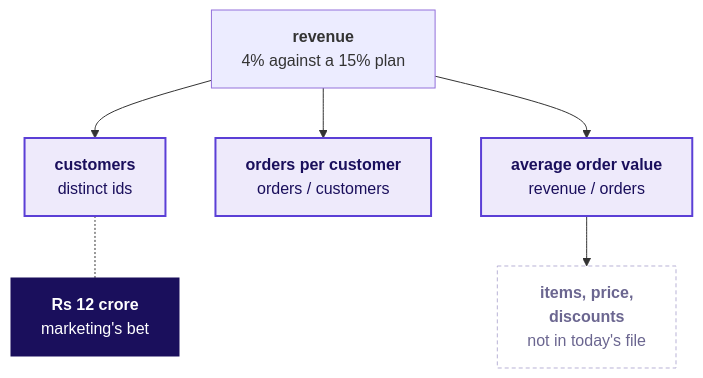
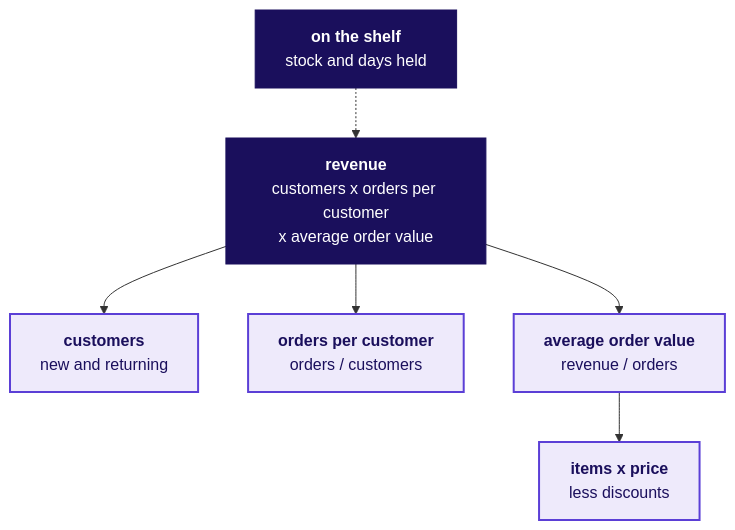
One commit to fde-academy-lab/c2-content-factory changed the fifth of 14 diagrams in content/W01/D1/whiteboards/C2_W01_D01_board_work_STUDENT.md. Above: the diagram before and after it, drawn with Mermaid. The commit also changed other lines of this file and 32 other files, not shown here.

````diff
--- a/content/W01/D1/whiteboards/C2_W01_D01_board_work_STUDENT.md
+++ b/content/W01/D1/whiteboards/C2_W01_D01_board_work_STUDENT.md
@@ -29,14 +115,12 @@
 ```mermaid
 flowchart TB
-    R["<b>revenue</b><br/>4% against a 15% plan"] --> C["<b>customers</b><br/>distinct ids"]
+    S["<b>on the shelf</b><br/>stock and days held"] -.-> R["<b>revenue</b><br/>customers x orders per customer<br/>x average order value"]
+    R --> C["<b>customers</b><br/>new and returning"]
     R --> F["<b>orders per customer</b><br/>orders / customers"]
     R --> A["<b>average order value</b><br/>revenue / orders"]
-    A --> I["<b>items, price,<br/>discounts</b><br/>not in today's file"]
-    C -.- B["<b>Rs 12 crore</b><br/>marketing's bet"]
+    A --> I["<b>items x price</b><br/>less discounts"]
     classDef known fill:#EEEAFB,stroke:#5B3FD6,color:#1A0F5C,stroke-width:2px
-    classDef unknown fill:#FFFFFF,stroke:#B8B2D6,color:#6B6690,stroke-dasharray:4 3
-    classDef bet fill:#1A0F5C,stroke:#1A0F5C,color:#FFFFFF
-    class C,F,A known
-    class I unknown
-    class B bet
+    classDef dark fill:#1A0F5C,stroke:#1A0F5C,color:#FFFFFF
+    class C,F,A,I known
+    class R,S dark
 ```
````
